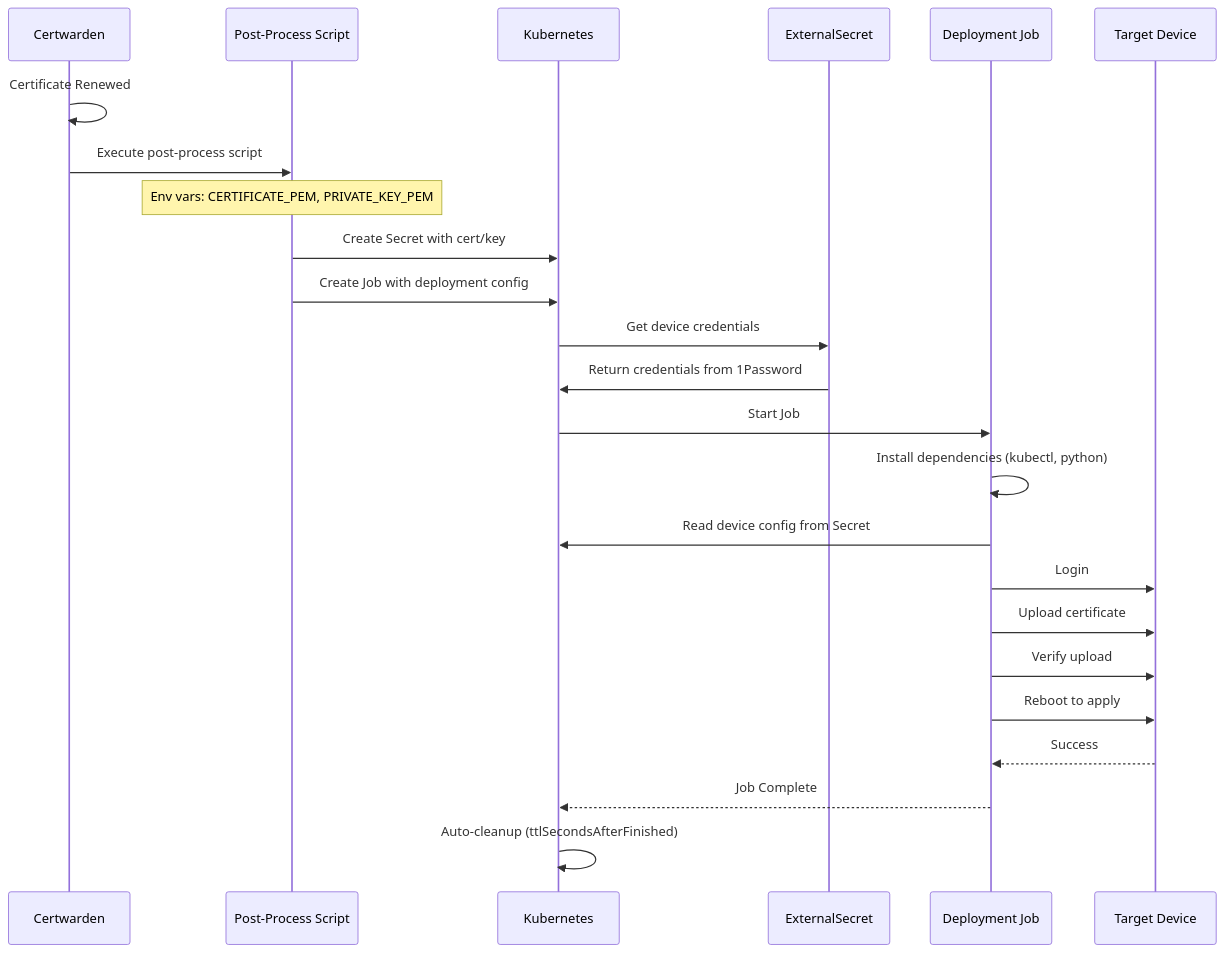
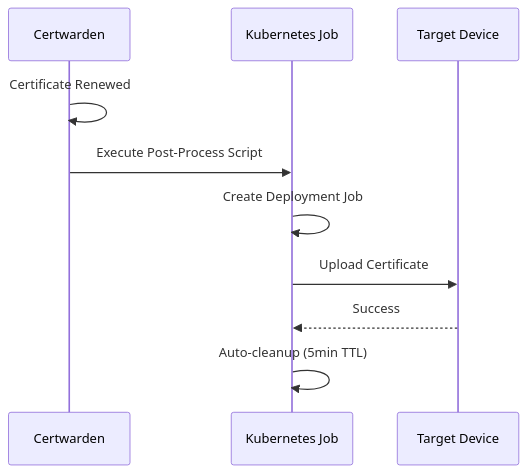
Before and after one commit to LukeEvansTech/talos-cluster: the diagram in kubernetes/apps/infrastructure/certwarden/cert-deployment/README.md, drawn with Mermaid. The commit also changed other lines of this file and 10 other files, not shown here.

First line of the commit message:
chore(certwarden): clean up cert-deployment directory

````diff
--- a/kubernetes/apps/infrastructure/certwarden/cert-deployment/README.md
+++ b/kubernetes/apps/infrastructure/certwarden/cert-deployment/README.md
@@ -71,32 +17,13 @@
 ```mermaid
 sequenceDiagram
     participant CW as Certwarden
-    participant PS as Post-Process Script
-    participant K8s as Kubernetes
-    participant ES as ExternalSecret
-    participant Job as Deployment Job
+    participant Job as Kubernetes Job
     participant Device as Target Device
 
     CW->>CW: Certificate Renewed
-    CW->>PS: Execute post-process script
-    Note over PS: Env vars: CERTIFICATE_PEM, PRIVATE_KEY_PEM
-
-    PS->>K8s: Create Secret with cert/key
-    PS->>K8s: Create Job with deployment config
-
-    K8s->>ES: Get device credentials
-    ES->>K8s: Return credentials from 1Password
-
-    K8s->>Job: Start Job
-
-    Job->>Job: Install dependencies (kubectl, python)
-    Job->>K8s: Read device config from Secret
-    Job->>Device: Login
-    Job->>Device: Upload certificate
-    Job->>Device: Verify upload
-    Job->>Device: Reboot to apply
-
+    CW->>Job: Execute Post-Process Script
+    Job->>Job: Create Deployment Job
+    Job->>Device: Upload Certificate
     Device-->>Job: Success
-    Job-->>K8s: Job Complete
-    K8s->>K8s: Auto-cleanup (ttlSecondsAfterFinished)
+    Job->>Job: Auto-cleanup (5min TTL)
 ```
````
